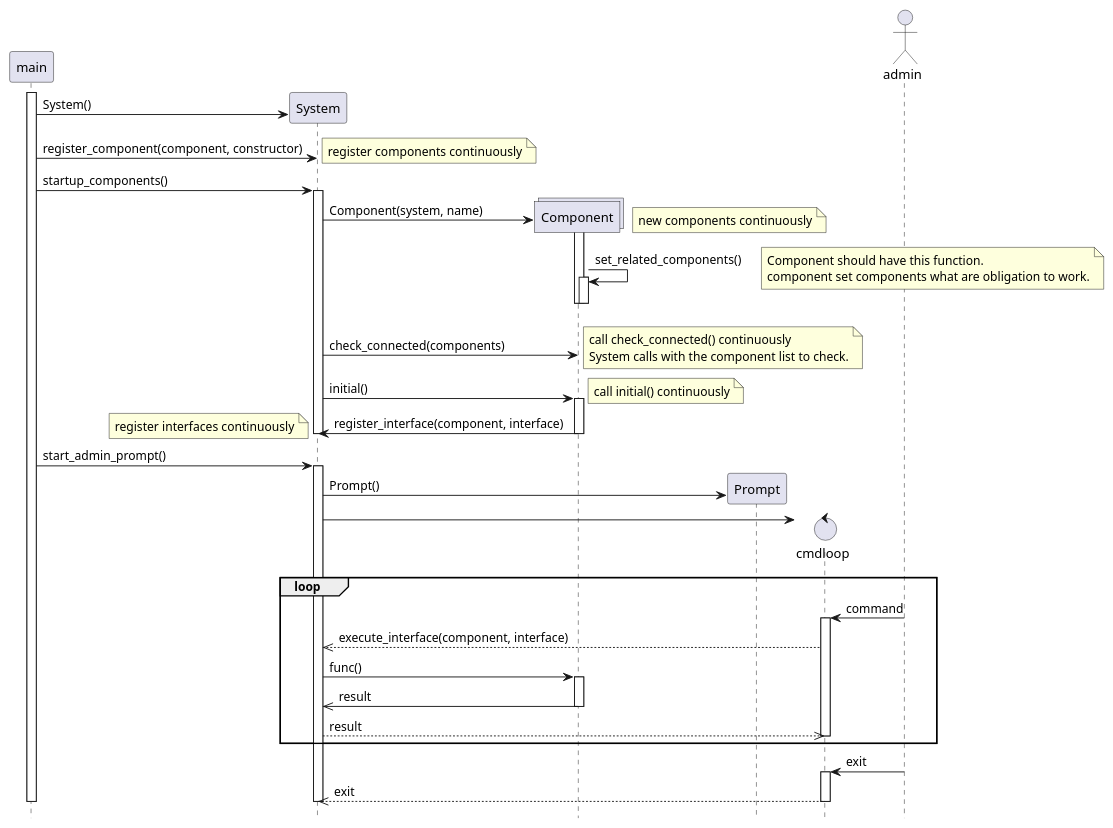
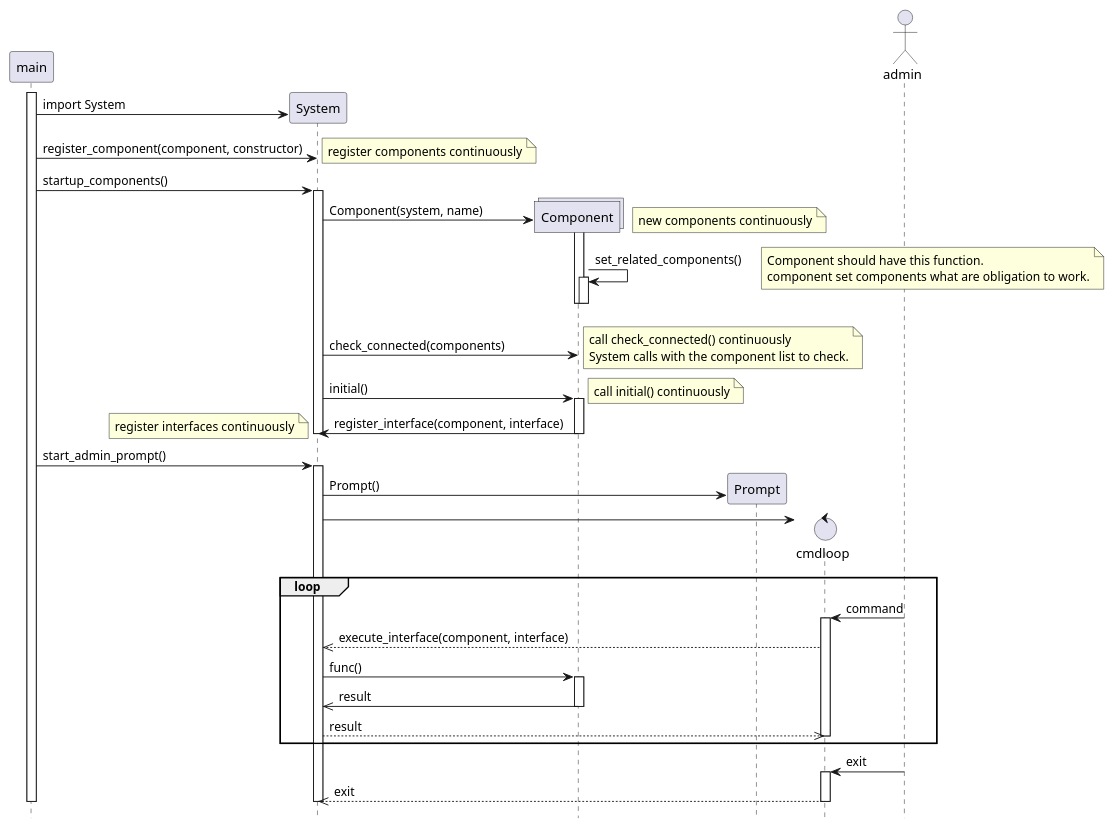
One commit to TheodoreWon/python-theo-framework changed the diagram in doc/System_booting_sequence.pu. Above: the diagram before and after it, drawn with PlantUML. The commit also changed 8 other files, not shown here.

```diff
--- a/doc/System_booting_sequence.pu
+++ b/doc/System_booting_sequence.pu
@@ -1,80 +1,81 @@
 @startuml booting sequence
 hide footbox
 
 participant main
 activate main
 
 create participant System
-main -> System: System()
+main -> System: import System
+
 main -> System: register_component(component, constructor)
 note right: register components continuously
 main -> System: startup_components()
 activate System
 
 create collections Component
 System -> Component: Component(system, name)
 note right: new components continuously
 activate Component
 Component -> Component: set_related_components()
 note right
     Component should have this function.
     component set components what are obligation to work.
 end note
 
 activate Component
 deactivate Component
 deactivate Component
 
 System -> Component: check_connected(components)
 note right
     call check_connected() continuously
     System calls with the component list to check.
 end note
 
 System -> Component: initial()
 note right
     call initial() continuously
 end note
 
 activate Component
 Component -> System: register_interface(component, interface)
 deactivate Component
 note left
     register interfaces continuously
 end note
 
 deactivate System
 
 main -> System: start_admin_prompt()
 activate System
 
 create participant Prompt
 System -> Prompt: Prompt()
 
 create control cmdloop
 System -> cmdloop
 
 loop
     actor admin
     admin -> cmdloop: command
     activate cmdloop
 
     cmdloop -->> System: execute_interface(component, interface)
     System -> Component: func()
     activate Component
     Component ->> System: result
     deactivate Component
 
     System -->> cmdloop: result
     deactivate cmdloop
     end
 
 admin -> cmdloop: exit
 activate cmdloop
 cmdloop -->> System: exit
 deactivate cmdloop
 
 deactivate System
 deactivate main
 
 @enduml
```
